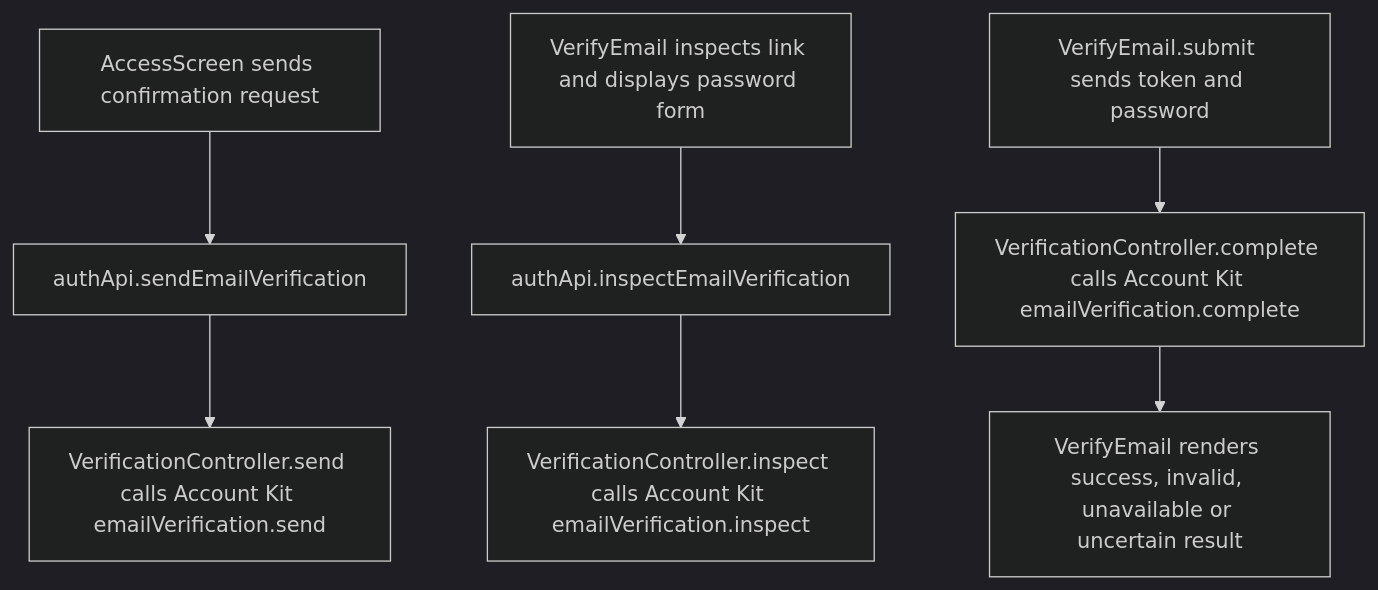
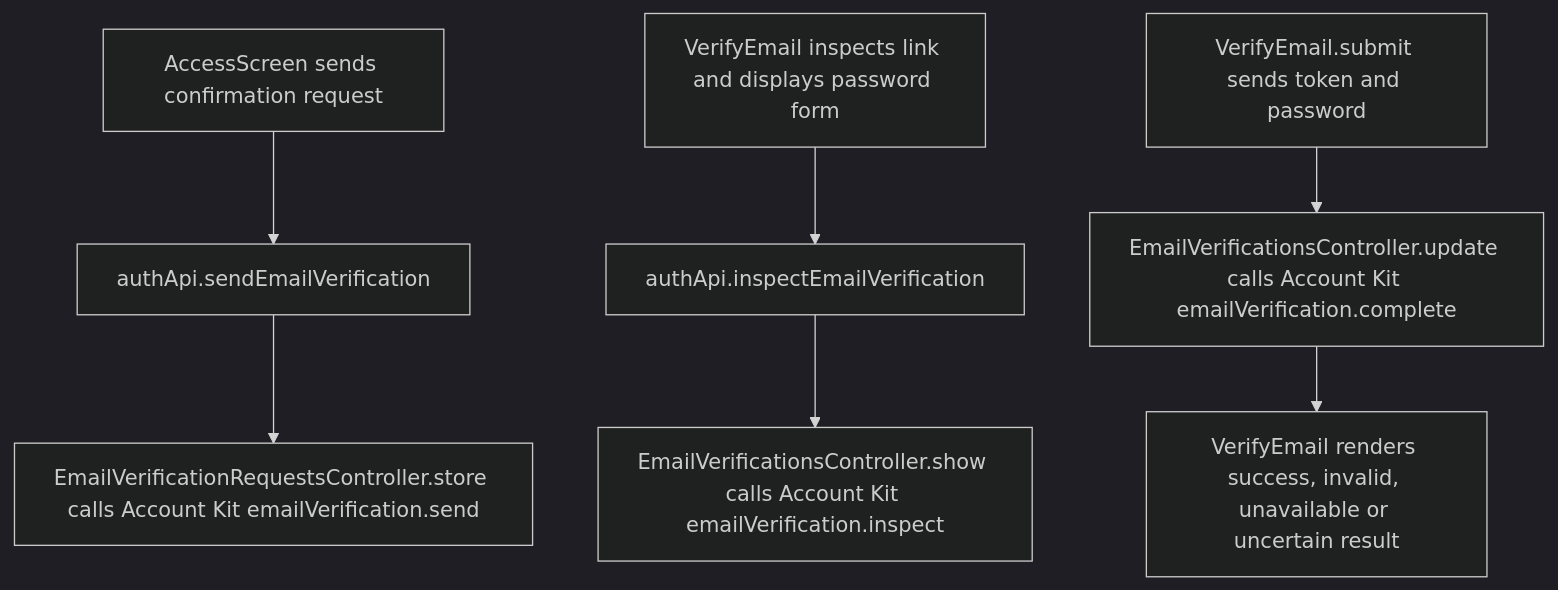
One commit to Kevinjohn/capacitylens changed the second of 2 diagrams in user-stories/account/US-ACCOUNT-07-confirm-email.md. Above: the diagram before and after it, drawn with Mermaid (dark theme). The commit also changed other lines of this file and 139 other files, not shown here.

````diff
--- a/user-stories/account/US-ACCOUNT-07-confirm-email.md
+++ b/user-stories/account/US-ACCOUNT-07-confirm-email.md
@@ -35,9 +35,9 @@
 ```mermaid
 flowchart TD
   access["AccessScreen sends confirmation request"] --> send["authApi.sendEmailVerification"]
-  send --> mail["VerificationController.send calls Account Kit emailVerification.send"]
+  send --> mail["EmailVerificationRequestsController.store calls Account Kit emailVerification.send"]
   link["VerifyEmail inspects link and displays password form"] --> inspect["authApi.inspectEmailVerification"]
-  inspect --> kitInspect["VerificationController.inspect calls Account Kit emailVerification.inspect"]
-  form["VerifyEmail.submit sends token and password"] --> complete["VerificationController.complete calls Account Kit emailVerification.complete"]
+  inspect --> kitInspect["EmailVerificationsController.show calls Account Kit emailVerification.inspect"]
+  form["VerifyEmail.submit sends token and password"] --> complete["EmailVerificationsController.update calls Account Kit emailVerification.complete"]
   complete --> result["VerifyEmail renders success, invalid, unavailable or uncertain result"]
 ```
````
